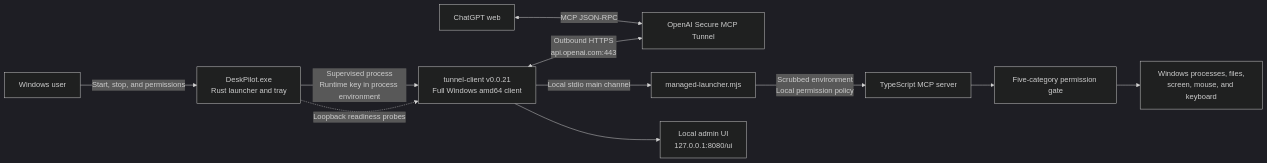
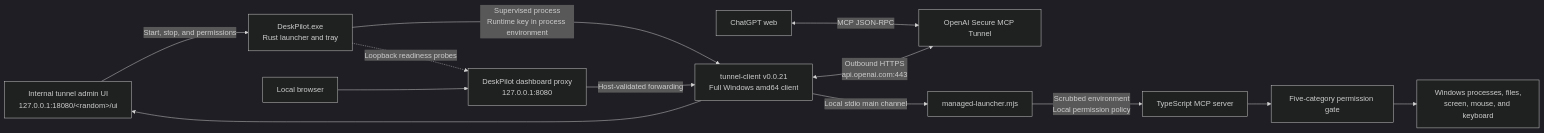
The diagram in README.md (ItisPhoenix/DeskPilot), drawn with Mermaid (dark theme) before and after one commit. The commit also changed other lines of this file and 13 other files, not shown here.

First line of the commit message:
fix(security): Harden managed tunnel dashboard

````diff
--- a/README.md
+++ b/README.md
@@ -80,13 +80,15 @@
 ```mermaid
 flowchart LR
     U["Windows user"] -->|"Start, stop, and permissions"| L["DeskPilot.exe<br/>Rust launcher and tray"]
     C["ChatGPT web"] <-->|"MCP JSON-RPC"| T["OpenAI Secure MCP Tunnel"]
     L -->|"Supervised process<br/>Runtime key in process environment"| TC["tunnel-client v0.0.21<br/>Full Windows amd64 client"]
     TC <-->|"Outbound HTTPS<br/>api.openai.com:443"| T
     TC -->|"Local stdio main channel"| ML["managed-launcher.mjs"]
     ML -->|"Scrubbed environment<br/>Local permission policy"| M["TypeScript MCP server"]
     M --> P["Five-category permission gate"]
     P --> W["Windows processes, files,<br/>screen, mouse, and keyboard"]
-    L -.->|"Loopback readiness probes"| TC
-    TC --> D["Local admin UI<br/>127.0.0.1:8080/ui"]
+    L -.->|"Loopback readiness probes"| DP["DeskPilot dashboard proxy<br/>127.0.0.1:8080"]
+    B["Local browser"] --> DP
+    DP -->|"Host-validated forwarding"| TC
+    TC --> U["Internal tunnel admin UI<br/>127.0.0.1:18080/&lt;random&gt;/ui"]
 ```
````
